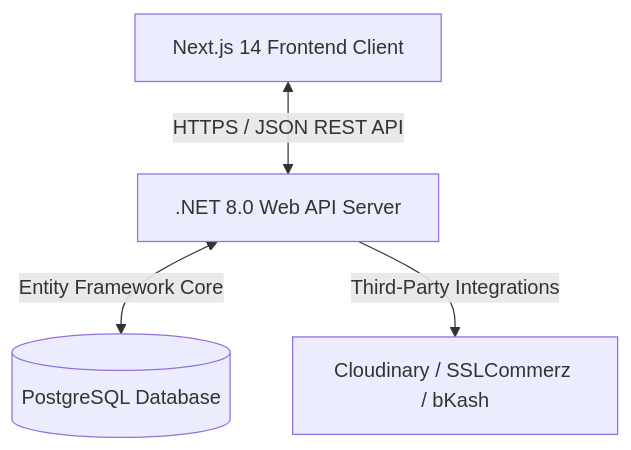
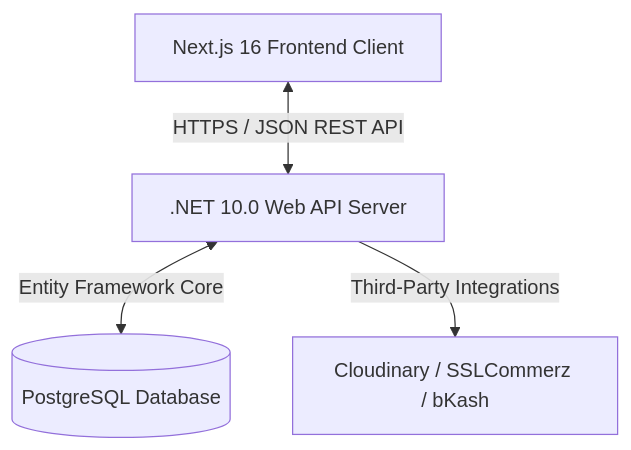
The diagram in README.md (maruf-pfc/VictoryTechnologiesAndConstructionLtd), drawn with Mermaid before and after one commit. The commit also changed other lines of this file and 43 other files, not shown here.

Commit message:
feat(stabilization-docs): resolve admin build type safety, apply seo tags, add database safety, and generate complete obsidian architecture docs

````diff
--- a/README.md
+++ b/README.md
@@ -19,6 +19,6 @@
 ```mermaid
 graph TD
-    A[Next.js 14 Frontend Client] <-->|HTTPS / JSON REST API| B[.NET 8.0 Web API Server]
+    A[Next.js 16 Frontend Client] <-->|HTTPS / JSON REST API| B[.NET 10.0 Web API Server]
     B <-->|Entity Framework Core| C[(PostgreSQL Database)]
     B -->|Third-Party Integrations| D[Cloudinary / SSLCommerz / bKash]
 ```
````
